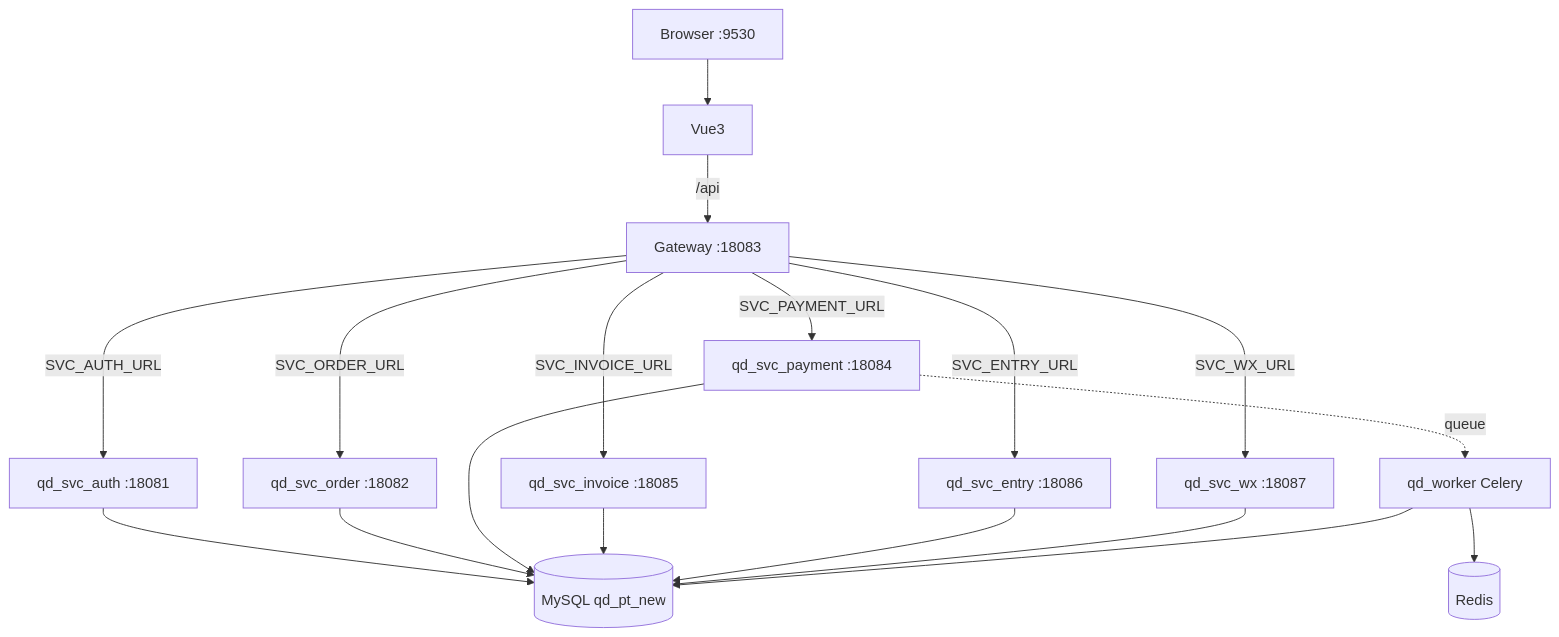
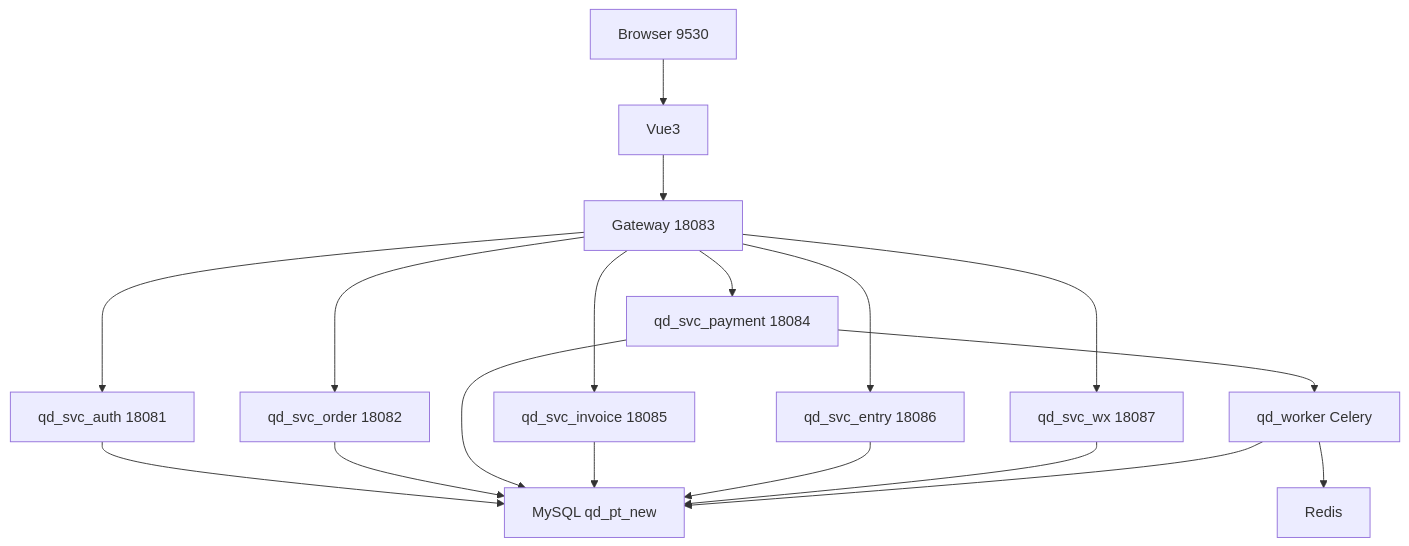
The second of 6 diagrams in README.md (TZTANG97/utoo-pydjango), drawn with Mermaid before and after one commit. The commit also changed other lines of this file, not shown here.

Commit message:
docs: simplify Mermaid for old GitLab parser (no cylinder nodes).

````diff
--- a/README.md
+++ b/README.md
@@ -66,20 +66,20 @@
 ```mermaid
 graph TB
-  Browser[Browser :9530] --> Vite[Vue3]
-  Vite -->|/api| GW[Gateway :18083]
-  GW -->|SVC_AUTH_URL| Auth[qd_svc_auth :18081]
-  GW -->|SVC_ORDER_URL| Order[qd_svc_order :18082]
-  GW -->|SVC_PAYMENT_URL| Pay[qd_svc_payment :18084]
-  GW -->|SVC_INVOICE_URL| Inv[qd_svc_invoice :18085]
-  GW -->|SVC_ENTRY_URL| Entry[qd_svc_entry :18086]
-  GW -->|SVC_WX_URL| Wx[qd_svc_wx :18087]
-  Auth --> DB[(MySQL qd_pt_new)]
+  Browser[Browser 9530] --> Vite[Vue3]
+  Vite --> GW[Gateway 18083]
+  GW --> Auth[qd_svc_auth 18081]
+  GW --> Order[qd_svc_order 18082]
+  GW --> Pay[qd_svc_payment 18084]
+  GW --> Inv[qd_svc_invoice 18085]
+  GW --> Entry[qd_svc_entry 18086]
+  GW --> Wx[qd_svc_wx 18087]
+  Auth --> DB[MySQL qd_pt_new]
   Order --> DB
   Pay --> DB
   Inv --> DB
   Entry --> DB
   Wx --> DB
-  Pay -.->|queue| Worker[qd_worker Celery]
-  Worker --> Redis[(Redis)]
+  Pay --> Worker[qd_worker Celery]
+  Worker --> Redis[Redis]
   Worker --> DB
 ```
````
